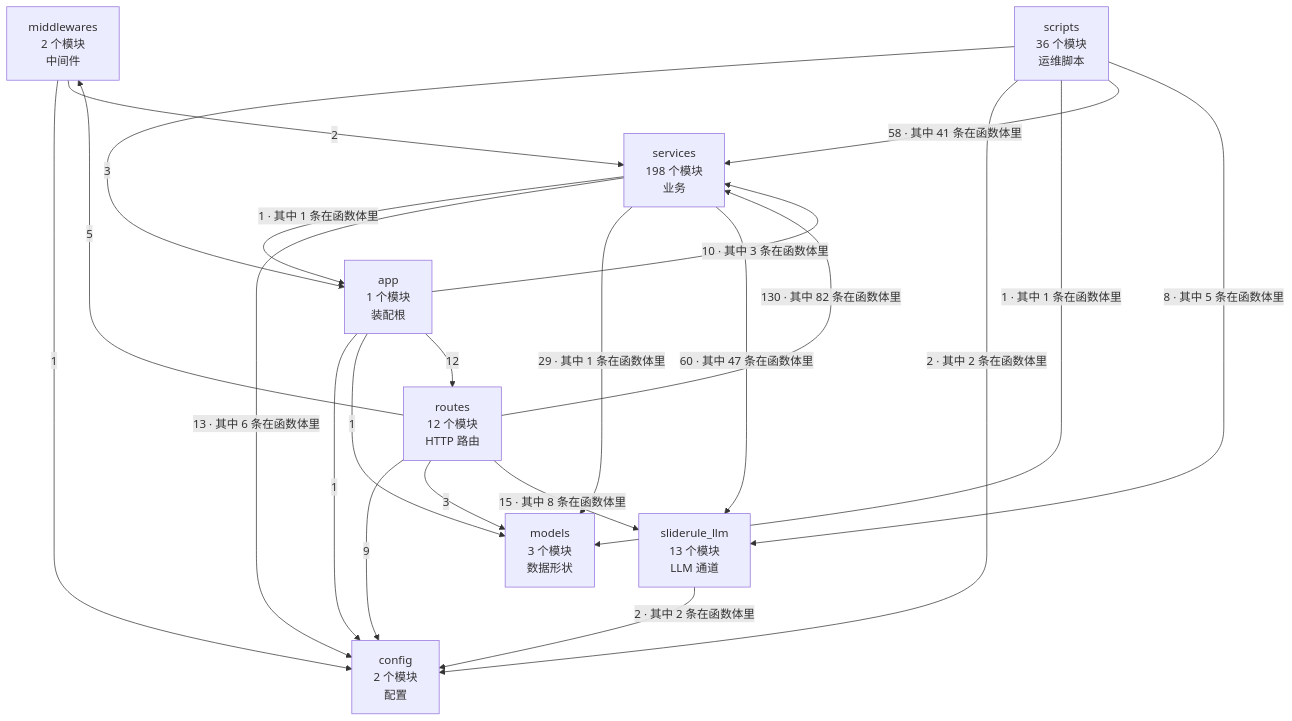
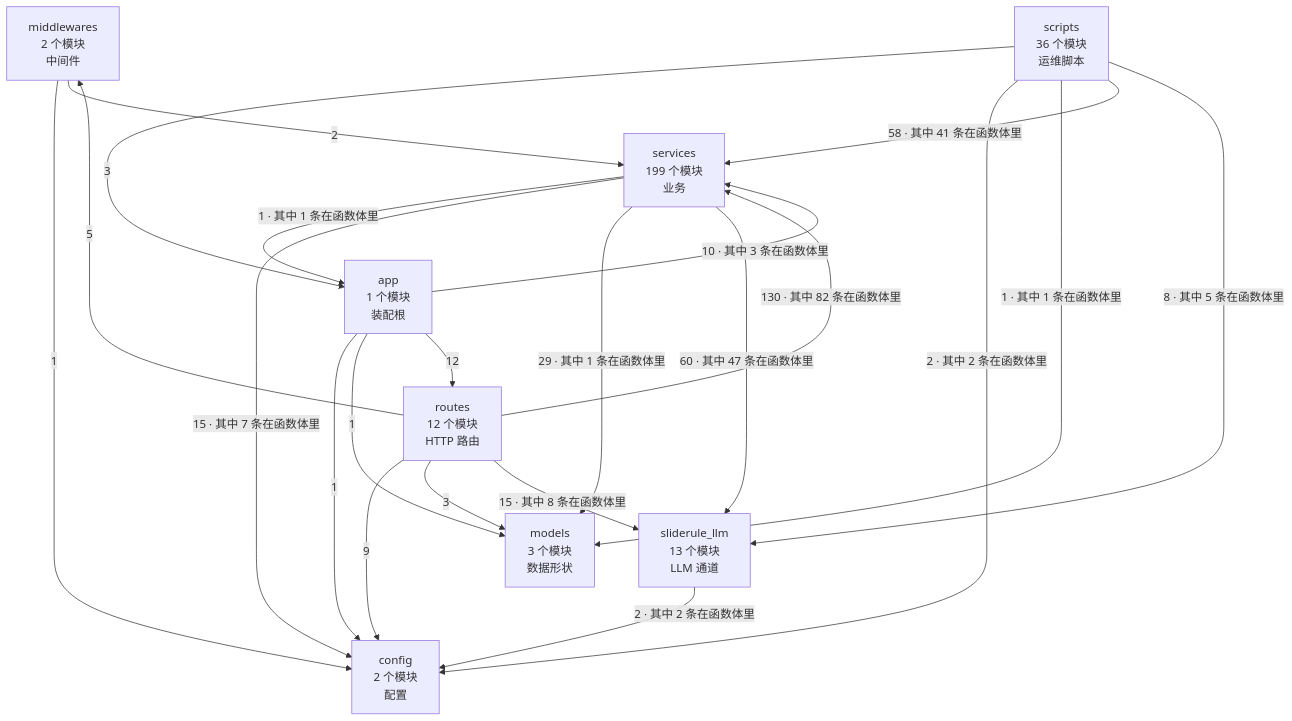
Before and after one commit to 2686521696/WhyBuddy: the first of 2 diagrams in docs/SlideRule V6.2 架构图（自动生成）.md, drawn with Mermaid. The commit also changed other lines of this file and 6 other files, not shown here.

````diff
--- a/docs/SlideRule V6.2 架构图（自动生成）.md
+++ b/docs/SlideRule V6.2 架构图（自动生成）.md
@@ -35,32 +35,32 @@
 ```mermaid
 flowchart TB
   config["config<br/>2 个模块<br/>配置"]
   models["models<br/>3 个模块<br/>数据形状"]
   sliderule_llm["sliderule_llm<br/>13 个模块<br/>LLM 通道"]
   middlewares["middlewares<br/>2 个模块<br/>中间件"]
-  services["services<br/>198 个模块<br/>业务"]
+  services["services<br/>199 个模块<br/>业务"]
   routes["routes<br/>12 个模块<br/>HTTP 路由"]
   app["app<br/>1 个模块<br/>装配根"]
   scripts["scripts<br/>36 个模块<br/>运维脚本"]
   app -->|1| config
   app -->|1| models
   app -->|12| routes
   app -->|10 · 其中 3 条在函数体里| services
   middlewares -->|1| config
   middlewares -->|2| services
   routes -->|9| config
   routes -->|5| middlewares
   routes -->|3| models
   routes -->|130 · 其中 82 条在函数体里| services
   routes -->|15 · 其中 8 条在函数体里| sliderule_llm
   scripts -->|3| app
   scripts -->|2 · 其中 2 条在函数体里| config
   scripts -->|1 · 其中 1 条在函数体里| models
   scripts -->|58 · 其中 41 条在函数体里| services
   scripts -->|8 · 其中 5 条在函数体里| sliderule_llm
   services -->|1 · 其中 1 条在函数体里| app
-  services -->|13 · 其中 6 条在函数体里| config
+  services -->|15 · 其中 7 条在函数体里| config
   services -->|29 · 其中 1 条在函数体里| models
   services -->|60 · 其中 47 条在函数体里| sliderule_llm
   sliderule_llm -->|2 · 其中 2 条在函数体里| config
 ```
````
